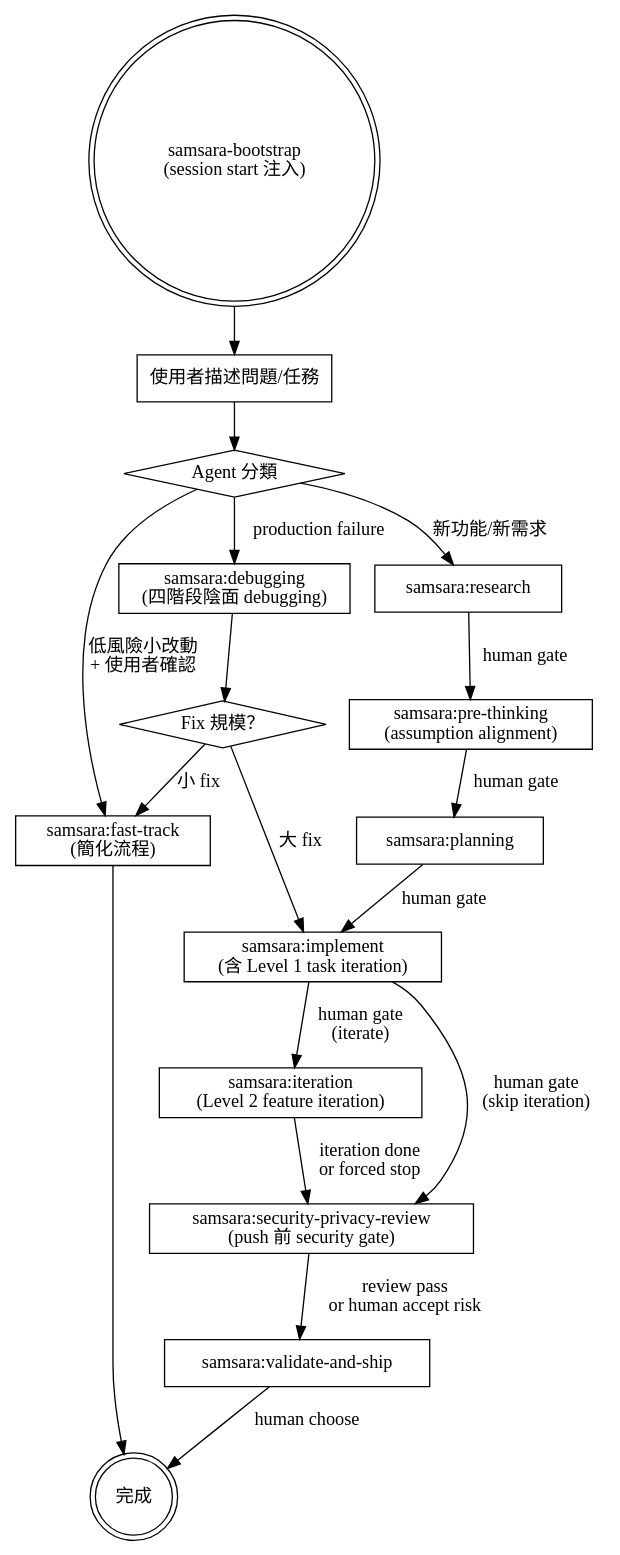
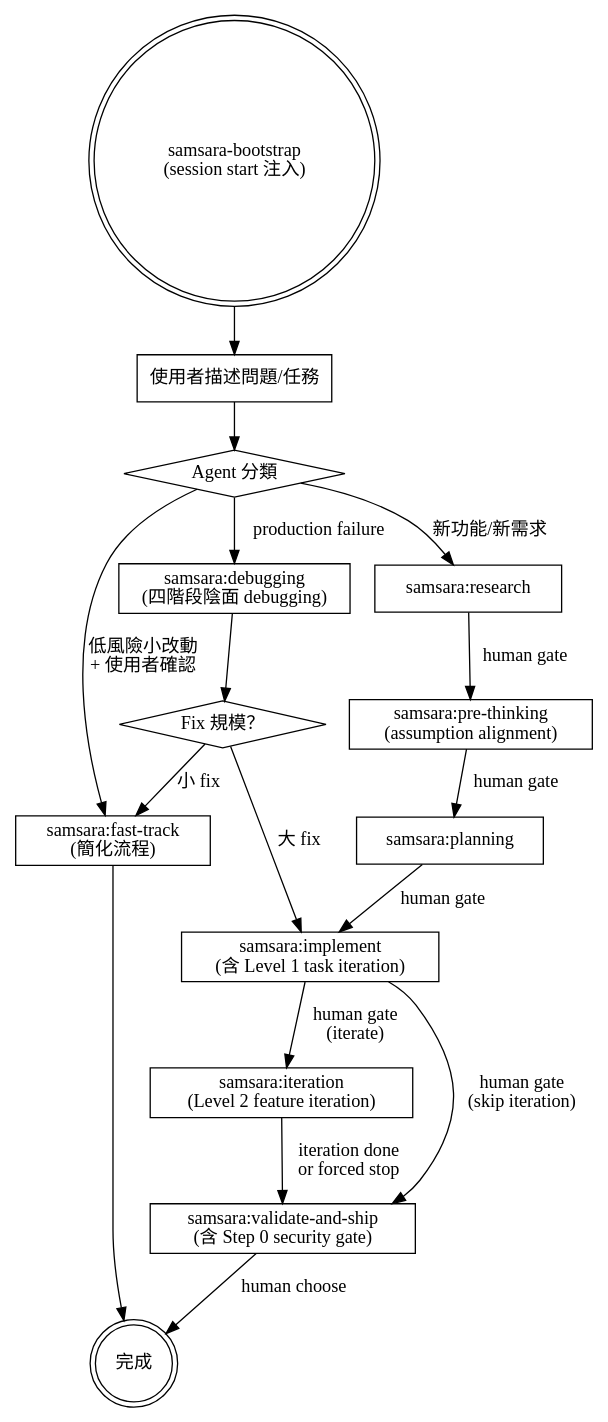
The diagram in skills/samsara-bootstrap/SKILL.md (roymondliao/samsara), drawn with Graphviz before and after one commit. The commit also changed other lines of this file and 55 other files, not shown here.

````diff
--- a/skills/samsara-bootstrap/SKILL.md
+++ b/skills/samsara-bootstrap/SKILL.md
@@ -90,43 +90,41 @@
 ```dot
 digraph samsara_routing {
     rankdir=TB;
     node [shape=box];
 
     bootstrap [label="samsara-bootstrap\n(session start 注入)" shape=doublecircle];
     input [label="使用者描述問題/任務"];
     classify [label="Agent 分類" shape=diamond];
 
     fast_track [label="samsara:fast-track\n(簡化流程)"];
     research [label="samsara:research"];
     pre_thinking [label="samsara:pre-thinking\n(assumption alignment)"];
     planning [label="samsara:planning"];
     implement [label="samsara:implement\n(含 Level 1 task iteration)"];
     iteration [label="samsara:iteration\n(Level 2 feature iteration)"];
-    security_review [label="samsara:security-privacy-review\n(push 前 security gate)"];
-    validate [label="samsara:validate-and-ship"];
+    validate [label="samsara:validate-and-ship\n(含 Step 0 security gate)"];
     debugging [label="samsara:debugging\n(四階段陰面 debugging)"];
 
     fix_size [label="Fix 規模？" shape=diamond];
     done [label="完成" shape=doublecircle];
 
     bootstrap -> input;
     input -> classify;
     classify -> fast_track [label="低風險小改動\n+ 使用者確認"];
     classify -> research [label="新功能/新需求"];
     classify -> debugging [label="production failure"];
 
     research -> pre_thinking [label="human gate"];
     pre_thinking -> planning [label="human gate"];
     planning -> implement [label="human gate"];
     implement -> iteration [label="human gate\n(iterate)"];
-    implement -> security_review [label="human gate\n(skip iteration)"];
-    iteration -> security_review [label="iteration done\nor forced stop"];
-    security_review -> validate [label="review pass\nor human accept risk"];
+    implement -> validate [label="human gate\n(skip iteration)"];
+    iteration -> validate [label="iteration done\nor forced stop"];
     validate -> done [label="human choose"];
 
     fast_track -> done;
     debugging -> fix_size;
     fix_size -> fast_track [label="小 fix"];
     fix_size -> implement [label="大 fix"];
 }
 ```
````
